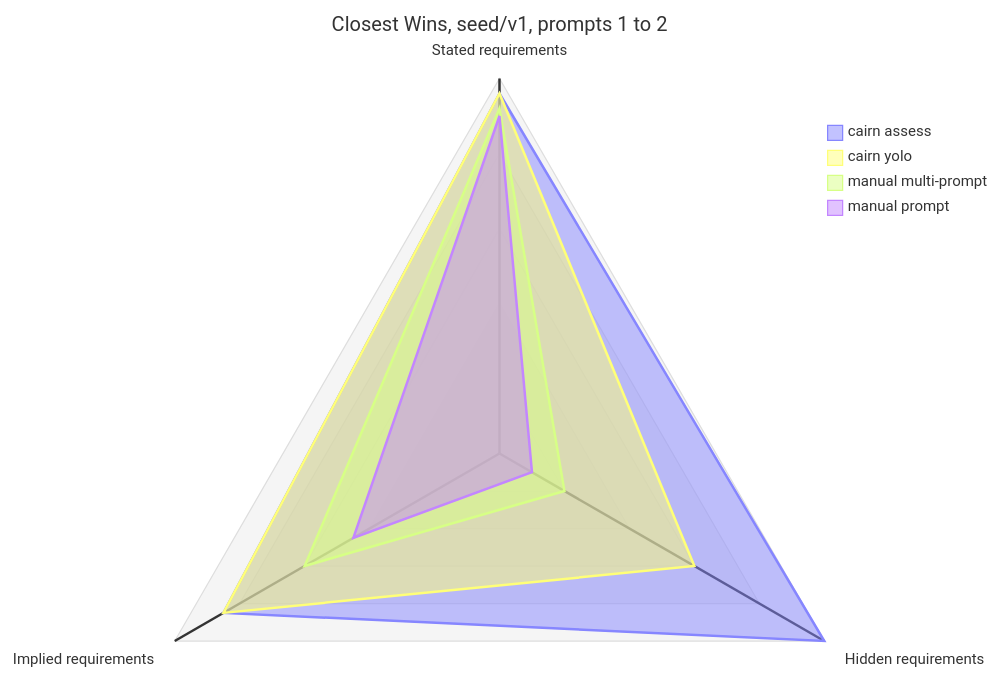
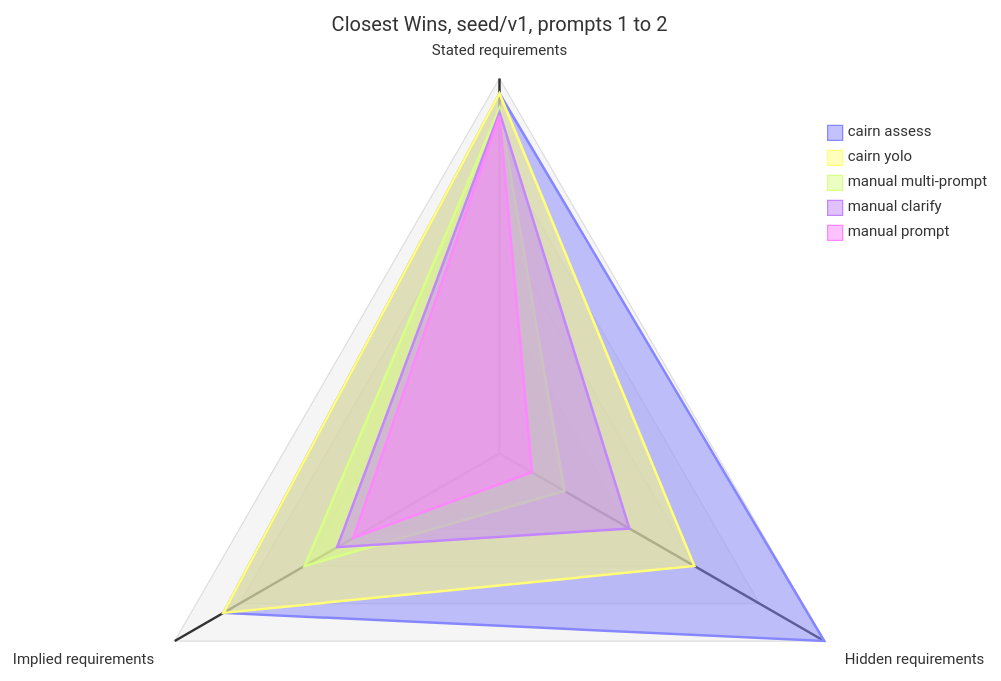
Before and after one commit to uHappyLogic/cairn: the diagram in ideas/benchmark_for_cairn.md, drawn with Mermaid. The commit also changed other lines of this file and 2 other files, not shown here.

````diff
--- a/ideas/benchmark_for_cairn.md
+++ b/ideas/benchmark_for_cairn.md
@@ -589,14 +616,15 @@
 ```mermaid
 radar-beta
   title Closest Wins, seed/v1, prompts 1 to 2
   axis stated["Stated requirements"], hidden["Hidden requirements"], implied["Implied requirements"]
   curve assess["cairn assess"]{96, 100, 85}
   curve yolo["cairn yolo"]{96, 60, 85}
   curve multi["manual multi-prompt"]{92, 20, 60}
+  curve clarify["manual clarify"]{91, 40, 50}
   curve manual["manual prompt"]{90, 10, 45}
   max 100
   min 0
   ticks 5
   graticule polygon
   showLegend true
 ```
````
